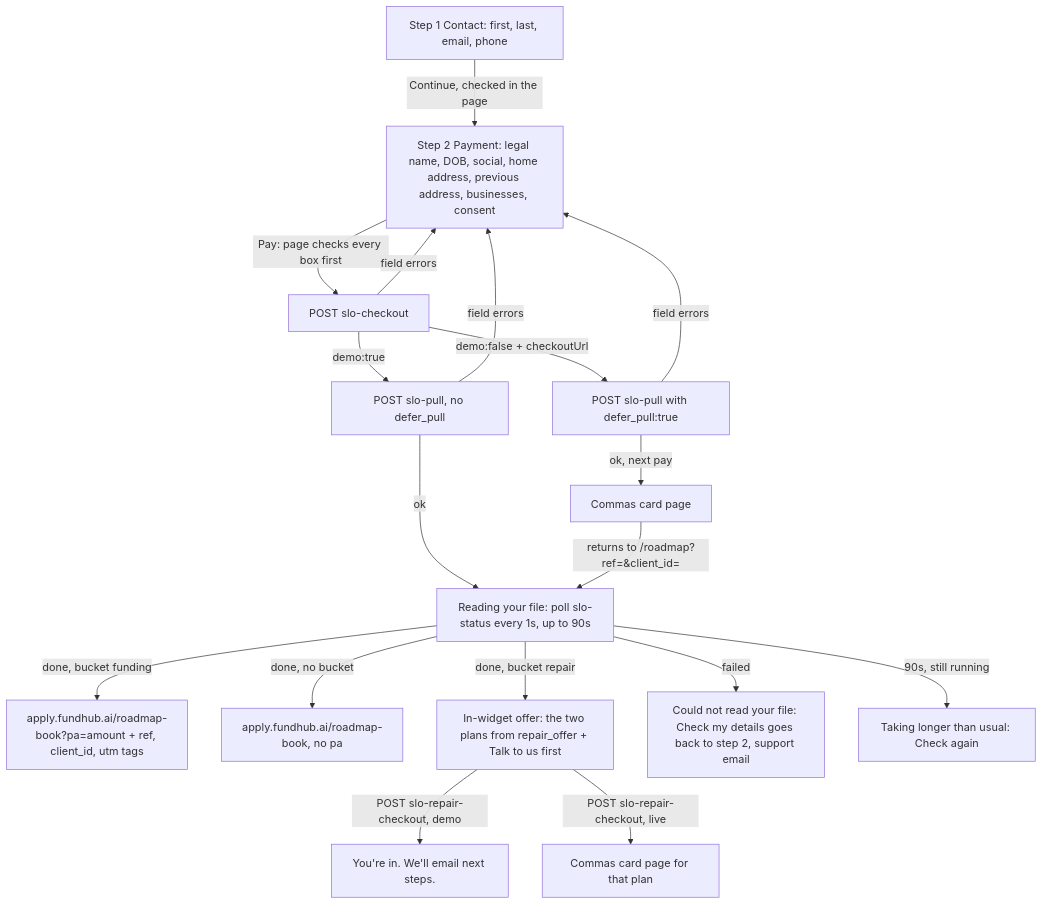
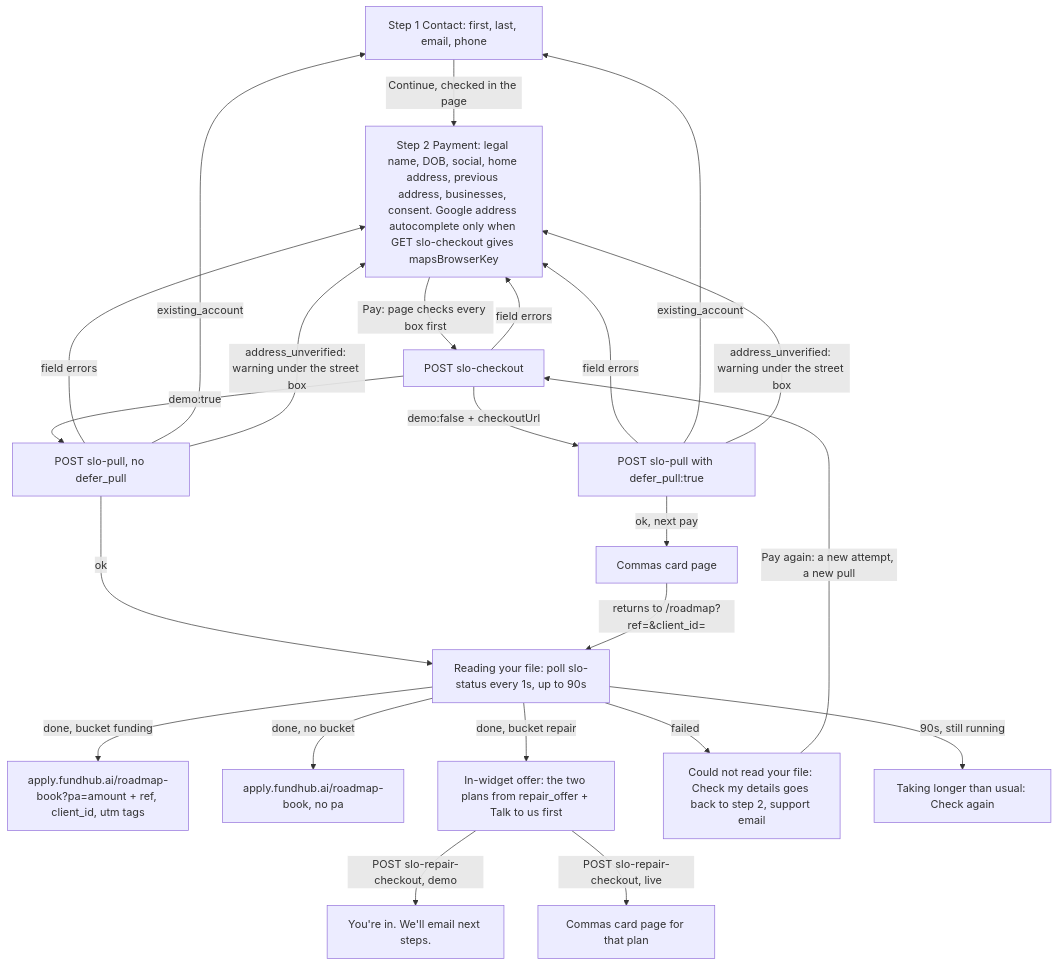
Before and after one commit to ZootimusMaximusSupreme/Fundhub_ai: the second of 2 diagrams in docs/journeys/slo-roadmap-widget-flow.md, drawn with Mermaid. The commit also changed other lines of this file and 33 other files, not shown here.

````diff
--- a/docs/journeys/slo-roadmap-widget-flow.md
+++ b/docs/journeys/slo-roadmap-widget-flow.md
@@ -57,20 +92,25 @@
 ```mermaid
 flowchart TD
-    A[Step 1 Contact: first, last, email, phone] -->|Continue, checked in the page| B[Step 2 Payment: legal name, DOB, social, home address, previous address, businesses, consent]
+    A[Step 1 Contact: first, last, email, phone] -->|Continue, checked in the page| B[Step 2 Payment: legal name, DOB, social, home address, previous address, businesses, consent. Google address autocomplete only when GET slo-checkout gives mapsBrowserKey]
     B -->|Pay: page checks every box first| C[POST slo-checkout]
     C -->|field errors| B
     C -->|demo:true| D[POST slo-pull, no defer_pull]
     C -->|demo:false + checkoutUrl| E[POST slo-pull with defer_pull:true]
     D -->|field errors| B
     E -->|field errors| B
+    D -->|existing_account| A
+    E -->|existing_account| A
+    D -->|address_unverified: warning under the street box| B
+    E -->|address_unverified: warning under the street box| B
     D -->|ok| F[Reading your file: poll slo-status every 1s, up to 90s]
     E -->|ok, next pay| G[Commas card page]
     G -->|returns to /roadmap?ref=&client_id=| F
     F -->|done, bucket funding| H[apply.fundhub.ai/roadmap-book?pa=amount + ref, client_id, utm tags]
     F -->|done, no bucket| I[apply.fundhub.ai/roadmap-book, no pa]
     F -->|done, bucket repair| J[In-widget offer: the two plans from repair_offer + Talk to us first]
     F -->|failed| K[Could not read your file: Check my details goes back to step 2, support email]
+    K -->|Pay again: a new attempt, a new pull| C
     F -->|90s, still running| L[Taking longer than usual: Check again]
     J -->|POST slo-repair-checkout, demo| M[You're in. We'll email next steps.]
     J -->|POST slo-repair-checkout, live| N[Commas card page for that plan]
 ```
````
